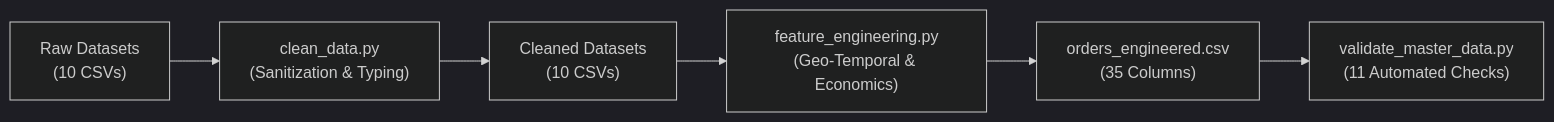
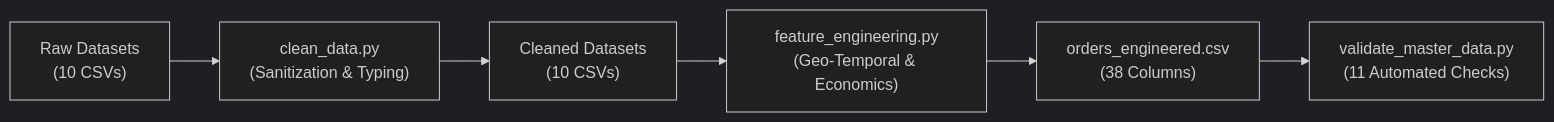
One commit to hemendrakumar-RR/NovaNest changed the second of 4 diagrams in reports/NOVANEST_COMPLETE_PROJECT_REPORT.md. Above: the diagram before and after it, drawn with Mermaid (dark theme). The commit also changed other lines of this file and 8 other files, not shown here.

````diff
--- a/reports/NOVANEST_COMPLETE_PROJECT_REPORT.md
+++ b/reports/NOVANEST_COMPLETE_PROJECT_REPORT.md
@@ -109,8 +112,8 @@
 ```mermaid
 flowchart LR
     A["Raw Datasets<br/>(10 CSVs)"] --> B["clean_data.py<br/>(Sanitization & Typing)"]
     B --> C["Cleaned Datasets<br/>(10 CSVs)"]
     C --> D["feature_engineering.py<br/>(Geo-Temporal & Economics)"]
-    D --> E["orders_engineered.csv<br/>(35 Columns)"]
+    D --> E["orders_engineered.csv<br/>(38 Columns)"]
     E --> F["validate_master_data.py<br/>(11 Automated Checks)"]
 ```
````
